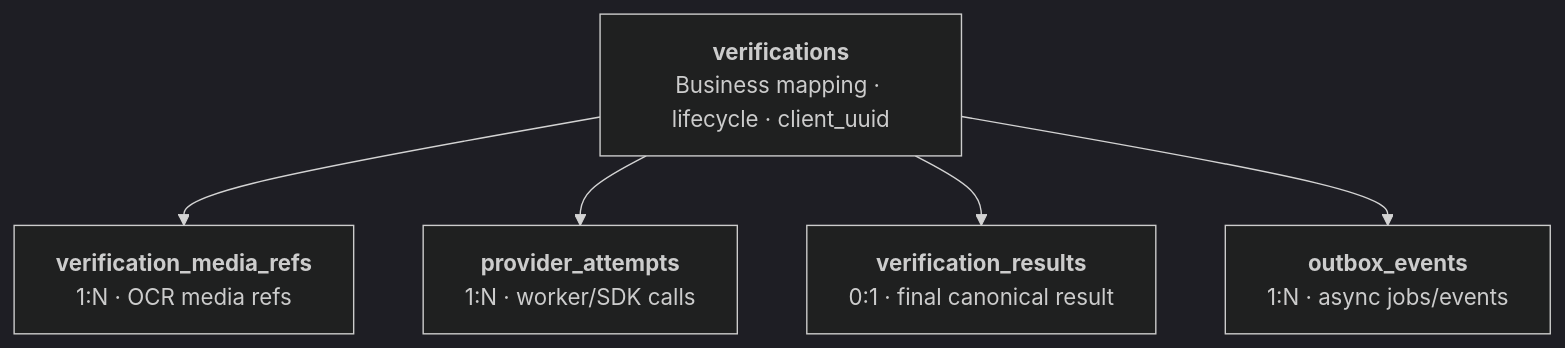
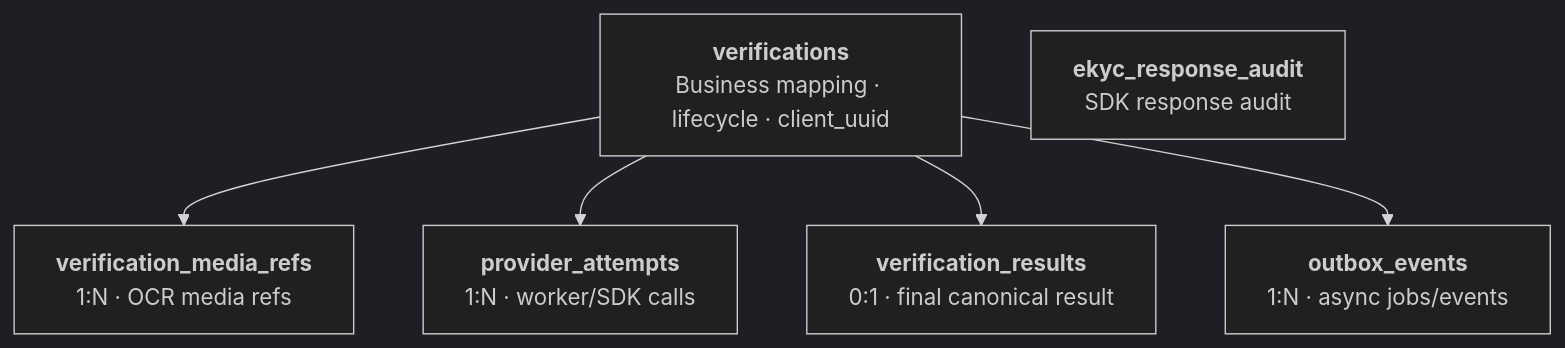
The eighth of 8 diagrams in noxh-ekyc.md (huynv-xyz/vhm), drawn with Mermaid (dark theme) before and after one commit. The commit also changed other lines of this file, not shown here.

````diff
--- a/noxh-ekyc.md
+++ b/noxh-ekyc.md
@@ -648,18 +534,20 @@
 ```mermaid
 flowchart TB
     VERIFICATION["`**verifications**
 Business mapping · lifecycle · client_uuid`"]
     MEDIA["`**verification_media_refs**
 1:N · OCR media refs`"]
     ATTEMPT["`**provider_attempts**
 1:N · worker/SDK calls`"]
     RESULT["`**verification_results**
 0:1 · final canonical result`"]
     OUTBOX["`**outbox_events**
 1:N · async jobs/events`"]
+    EKYC_AUDIT["`**ekyc_response_audit**
+SDK response audit`"]
 
     VERIFICATION --> MEDIA
     VERIFICATION --> ATTEMPT
     VERIFICATION --> RESULT
     VERIFICATION --> OUTBOX
 ```
````
